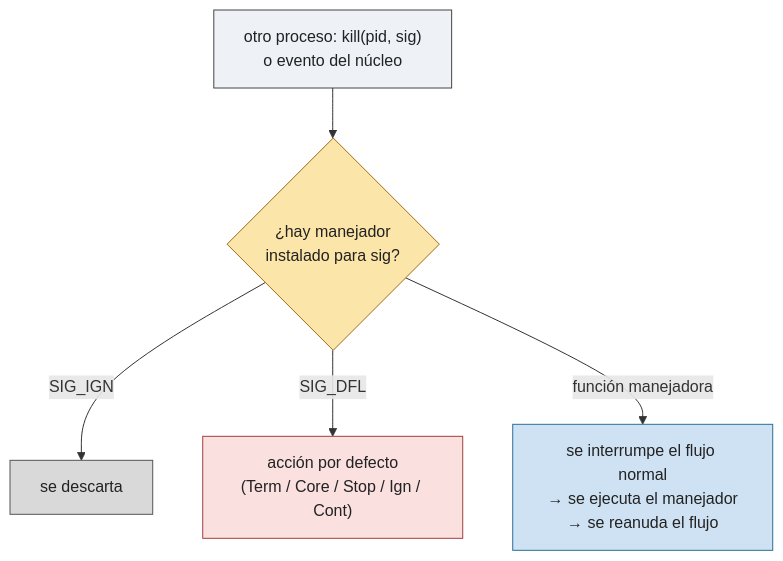
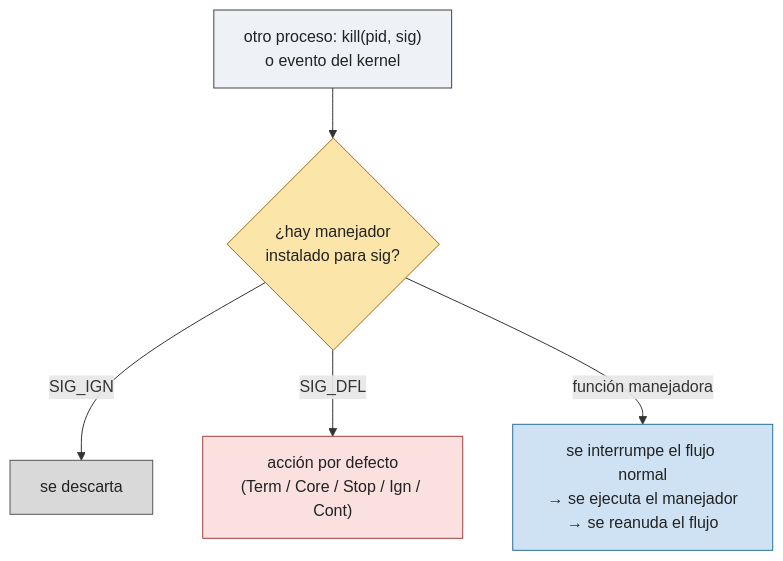
The first of 3 diagrams in PRACTICA/04-senales/README.md (asiermarzo/ssoo), drawn with Mermaid before and after one commit. The commit also changed 18 other files, not shown here.

````diff
--- a/PRACTICA/04-senales/README.md
+++ b/PRACTICA/04-senales/README.md
@@ -11,19 +11,19 @@
 ```mermaid
 flowchart TD
-    K["otro proceso: kill(pid, sig)<br/>o evento del núcleo"] --> D{"¿hay manejador<br/>instalado para sig?"}
+    K["otro proceso: kill(pid, sig)<br/>o evento del kernel"] --> D{"¿hay manejador<br/>instalado para sig?"}
     D -->|"SIG_IGN"| I["se descarta"]
     D -->|"SIG_DFL"| DEF["acción por defecto<br/>(Term / Core / Stop / Ign / Cont)"]
     D -->|"función manejadora"| H["se interrumpe el flujo normal<br/>→ se ejecuta el manejador<br/>→ se reanuda el flujo"]
 
     classDef origen fill:#eef2f7,stroke:#444,color:#222;
     classDef decision fill:#fce5a8,stroke:#a06a1a,color:#222;
     classDef ignorado fill:#d9d9d9,stroke:#555,color:#222;
     classDef pordefecto fill:#fbe0e0,stroke:#a04040,color:#222;
     classDef manejador fill:#cfe2f3,stroke:#2b6f99,color:#222;
 
     class K origen;
     class D decision;
     class I ignorado;
     class DEF pordefecto;
     class H manejador;
 ```
````
